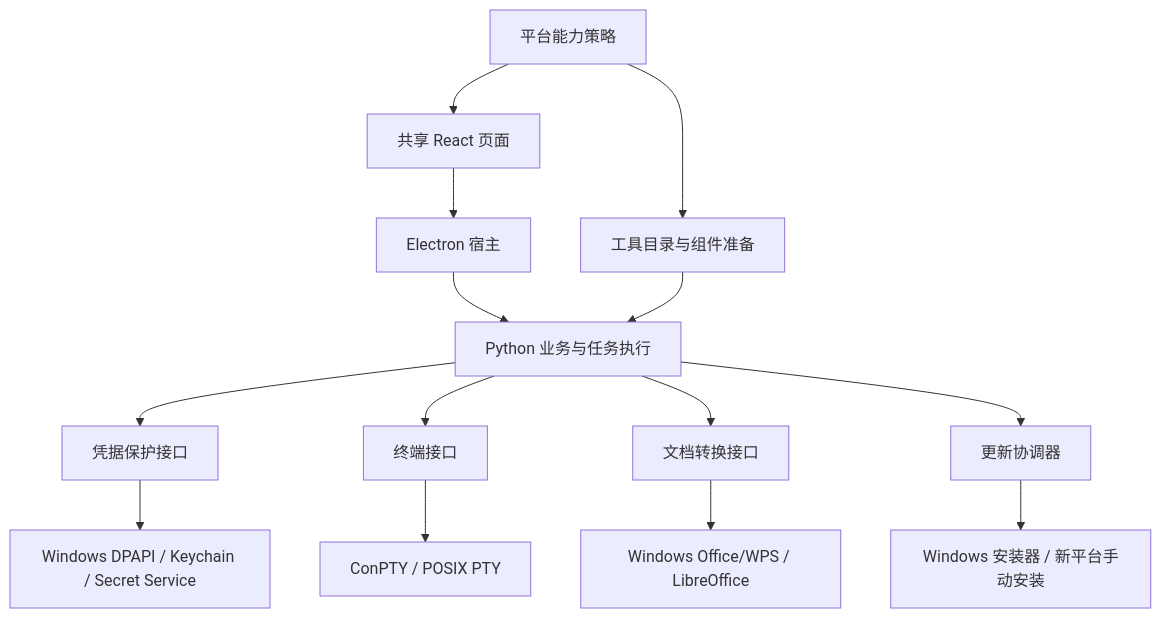
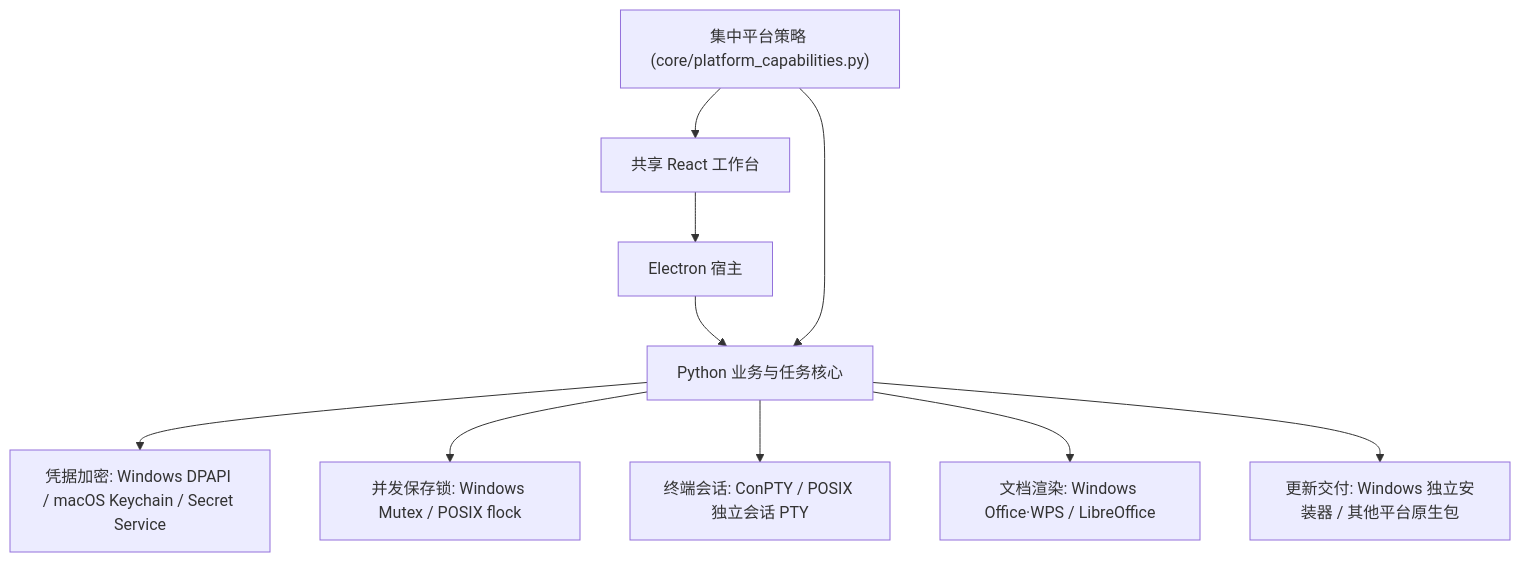
The second of 3 diagrams in docs/technical-design.md (chuancyzhang/deepseek-cowork), drawn with Mermaid before and after one commit. The commit also changed other lines of this file and 11 other files, not shown here.

````diff
--- a/docs/technical-design.md
+++ b/docs/technical-design.md
@@ -80,16 +84,12 @@
 ```mermaid
 flowchart TB
-    UI[共享 React 页面] --> Host[Electron 宿主]
-    Host --> Core[Python 业务与任务执行]
-    Policy[平台能力策略] --> UI
-    Policy --> Catalog[工具目录与组件准备]
-    Catalog --> Core
-    Core --> Secrets[凭据保护接口]
-    Core --> Terminal[终端接口]
-    Core --> Preview[文档转换接口]
-    Core --> Update[更新协调器]
-    Secrets --> NativeKeys[Windows DPAPI / Keychain / Secret Service]
-    Terminal --> PTY[ConPTY / POSIX PTY]
-    Preview --> Office[Windows Office/WPS / LibreOffice]
-    Update --> Install[Windows 安装器 / 新平台手动安装]
+    UI["共享 React 工作台"] --> Host["Electron 宿主"]
+    Host --> Core["Python 业务与任务核心"]
+    Policy["集中平台策略 (core/platform_capabilities.py)"] --> UI
+    Policy --> Core
+    Core --> Secrets["凭据加密: Windows DPAPI / macOS Keychain / Secret Service"]
+    Core --> Locks["并发保存锁: Windows Mutex / POSIX flock"]
+    Core --> Terminal["终端会话: ConPTY / POSIX 独立会话 PTY"]
+    Core --> Preview["文档渲染: Windows Office·WPS / LibreOffice"]
+    Core --> Updater["更新交付: Windows 独立安装器 / 其他平台原生包"]
 ```
````
